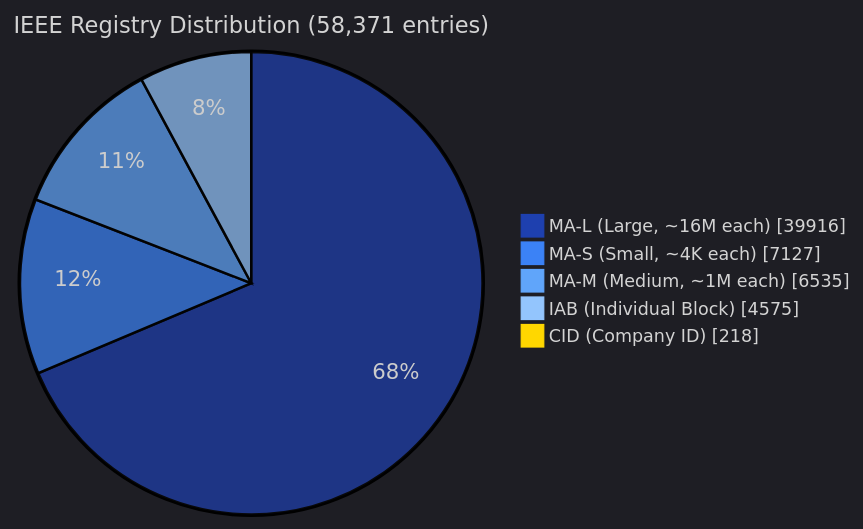
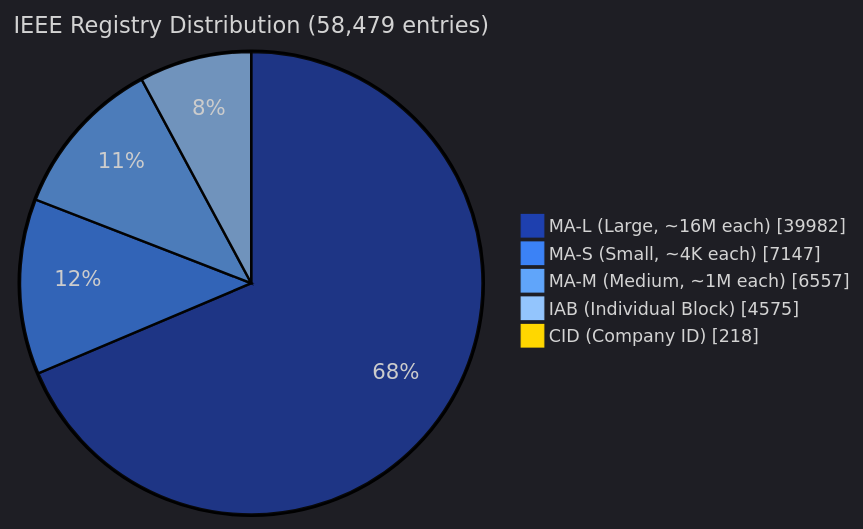
One commit to Ringmast4r/OUI-Master-Database changed the third of 5 diagrams in README.md. Above: the diagram before and after it, drawn with Mermaid. The commit also changed other lines of this file and 14 other files, not shown here.

````diff
--- a/README.md
+++ b/README.md
@@ -129,10 +129,10 @@
 ```mermaid
 %%{init: {'theme':'dark', 'themeVariables': {'pie1':'#1E40AF','pie2':'#3B82F6','pie3':'#60A5FA','pie4':'#93C5FD','pie5':'#FFD700','pieTitleTextSize':'18px','pieLegendTextSize':'14px'}}}%%
 pie showData
-    title IEEE Registry Distribution (58,371 entries)
-    "MA-L (Large, ~16M each)" : 39916
-    "MA-S (Small, ~4K each)" : 7127
-    "MA-M (Medium, ~1M each)" : 6535
+    title IEEE Registry Distribution (58,479 entries)
+    "MA-L (Large, ~16M each)" : 39982
+    "MA-S (Small, ~4K each)" : 7147
+    "MA-M (Medium, ~1M each)" : 6557
     "IAB (Individual Block)" : 4575
     "CID (Company ID)" : 218
 ```
````
